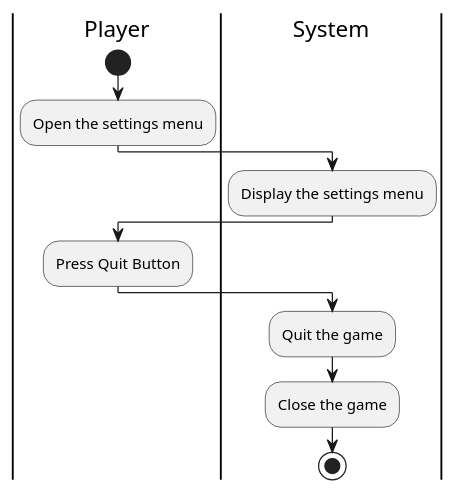
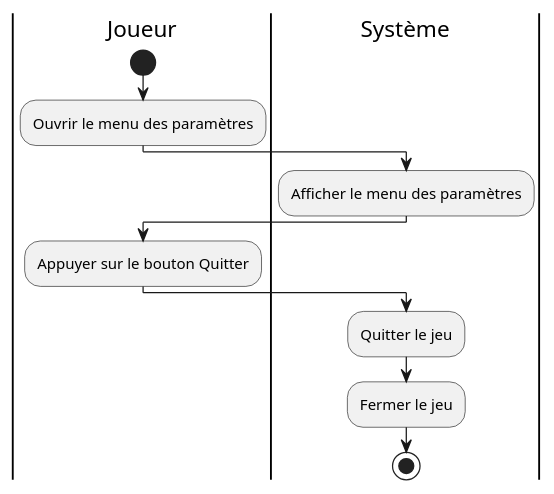
The diagram in Analyse/UseCase/quitGame.puml (LosVerinos/Crossy-Road), drawn with PlantUML before and after one commit. The commit also changed 13 other files, not shown here.

Commit message:
Modifications de certains diagrammes

```diff
--- a/Analyse/UseCase/quitGame.puml
+++ b/Analyse/UseCase/quitGame.puml
@@ -1,16 +1,16 @@
 @startuml quitGameUC
-|Player|
+|Joueur|
 start
-:Open the settings menu;
+:Ouvrir le menu des paramètres;
 
-|System|
-:Display the settings menu;
+|Système|
+:Afficher le menu des paramètres;
 
-|Player|
-:Press Quit Button;
+|Joueur|
+:Appuyer sur le bouton Quitter;
 
-|System|
-:Quit the game;
-:Close the game;
+|Système|
+:Quitter le jeu;
+:Fermer le jeu;
 stop
 @enduml
```
